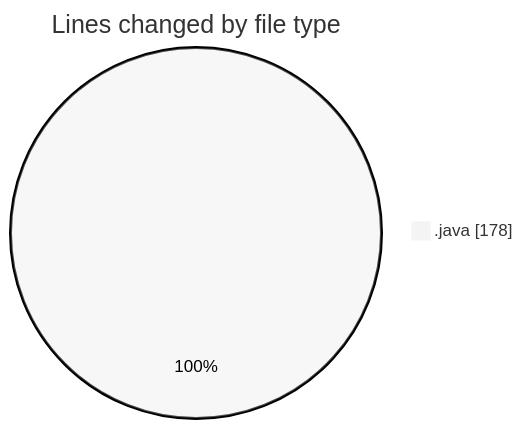
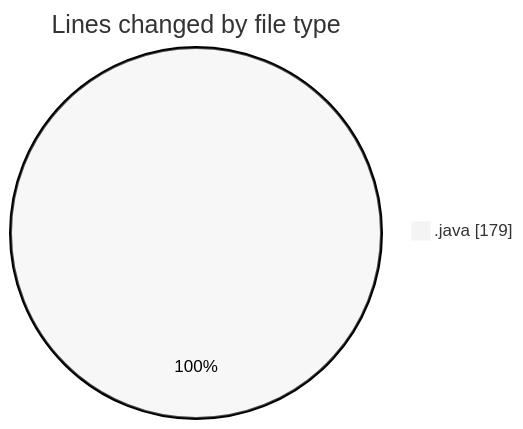
Before and after one commit to ricardozamudiocil/code-tracking: the first of 2 diagrams in 2026-05-04/cilreports__workspace_/README.md, drawn with Mermaid (neutral theme). The commit also changed other lines of this file and 1 other file, not shown here.

````diff
--- a/2026-05-04/cilreports__workspace_/README.md
+++ b/2026-05-04/cilreports__workspace_/README.md
@@ -21,5 +21,5 @@
 ```mermaid
 pie showData
 title Lines changed by file type
-".java" : 178
+".java" : 179
 ```
````
